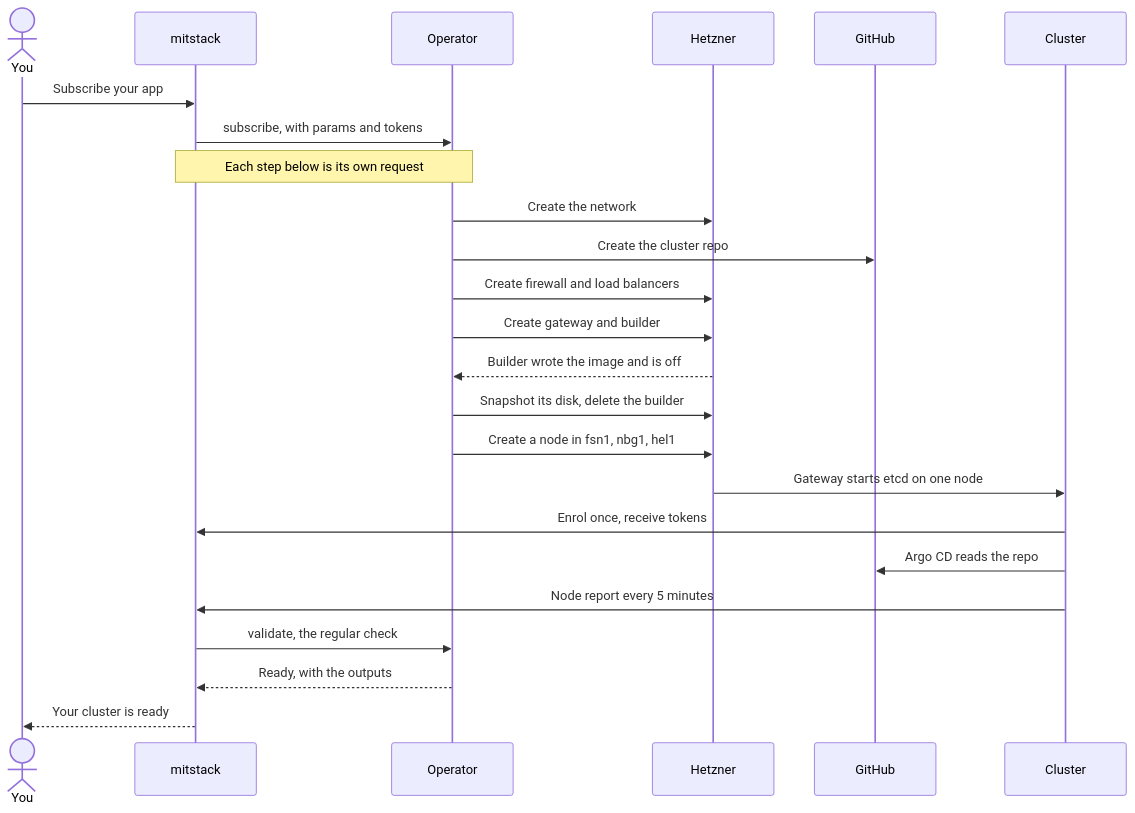
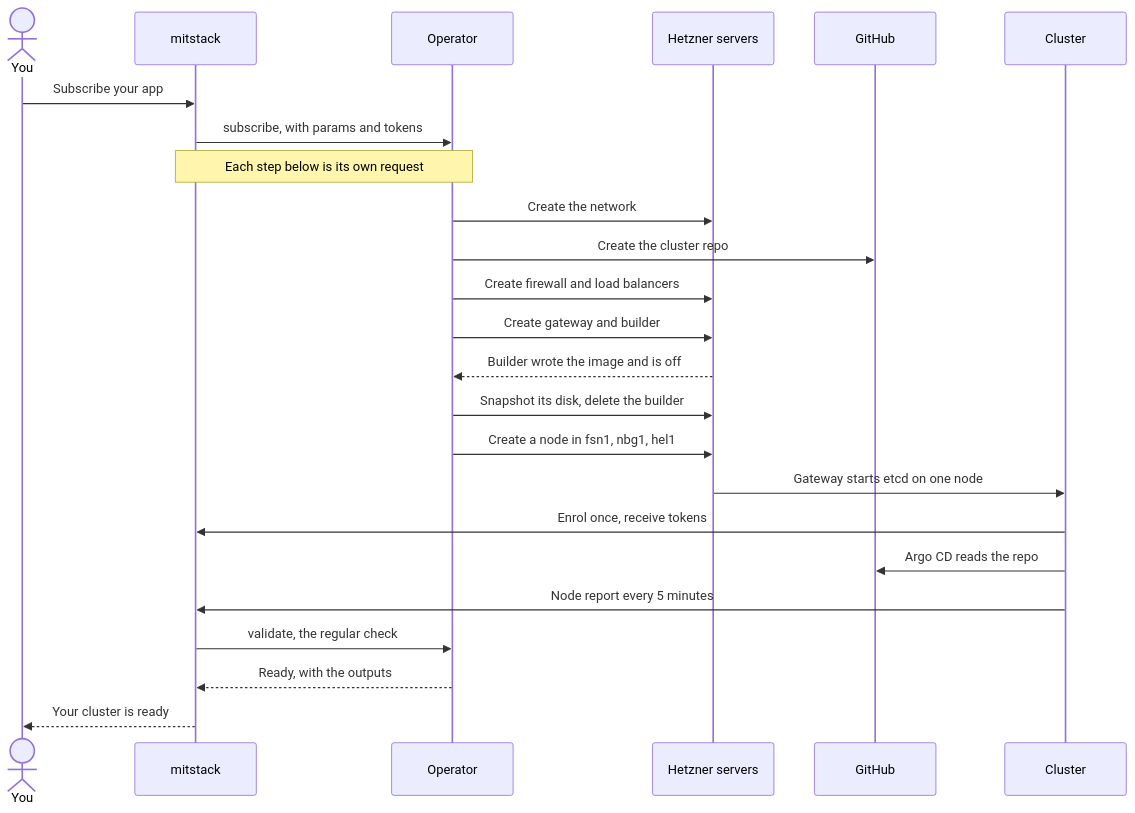
The second of 2 diagrams in README.md (mitstack-eu/hcloud-talos-cluster), drawn with Mermaid before and after one commit. The commit also changed other lines of this file, not shown here.

Commit message:
MIT-5267: the README says what mitstack is and where you connect Hetzner and GitHub

````diff
--- a/README.md
+++ b/README.md
@@ -60,26 +61,26 @@
 ```mermaid
 sequenceDiagram
     actor You
     participant M as mitstack
     participant O as Operator
-    participant H as Hetzner
+    participant H as Hetzner servers
     participant G as GitHub
     participant C as Cluster
     You->>M: Subscribe your app
     M->>O: subscribe, with params and tokens
     Note over M,O: Each step below is its own request
     O->>H: Create the network
     O->>G: Create the cluster repo
     O->>H: Create firewall and load balancers
     O->>H: Create gateway and builder
     H-->>O: Builder wrote the image and is off
     O->>H: Snapshot its disk, delete the builder
     O->>H: Create a node in fsn1, nbg1, hel1
     H->>C: Gateway starts etcd on one node
     C->>M: Enrol once, receive tokens
     C->>G: Argo CD reads the repo
     C->>M: Node report every 5 minutes
     M->>O: validate, the regular check
     O-->>M: Ready, with the outputs
     M-->>You: Your cluster is ready
 ```
````
